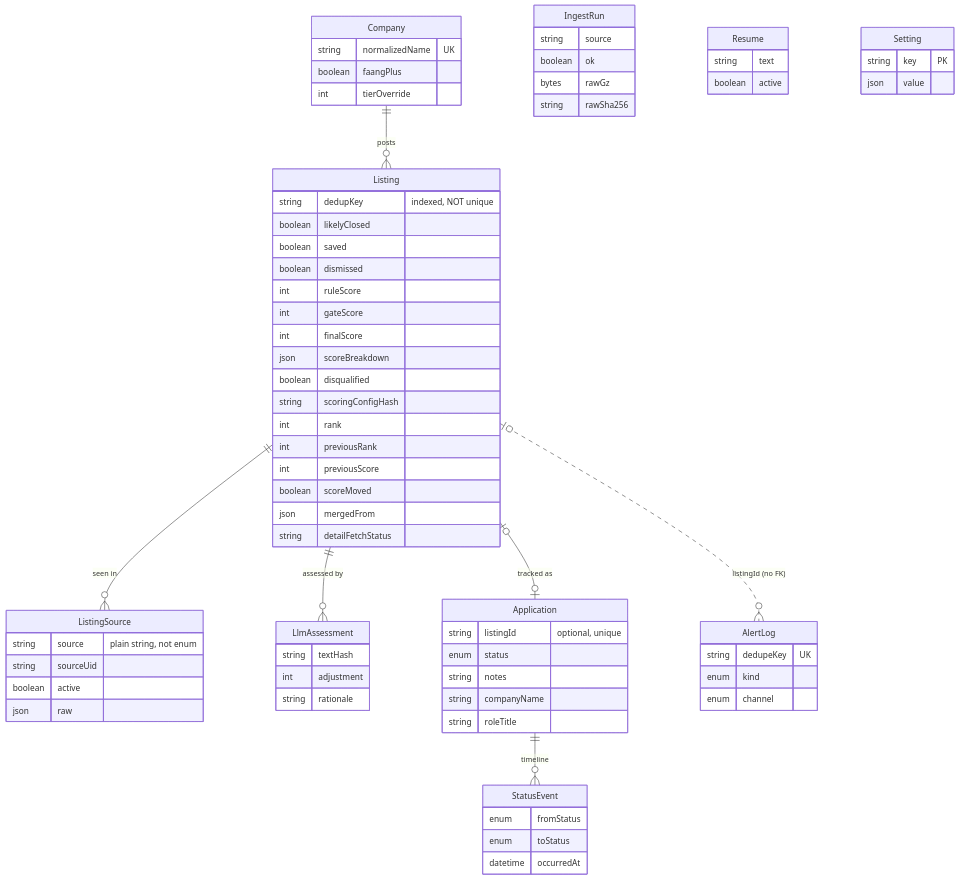
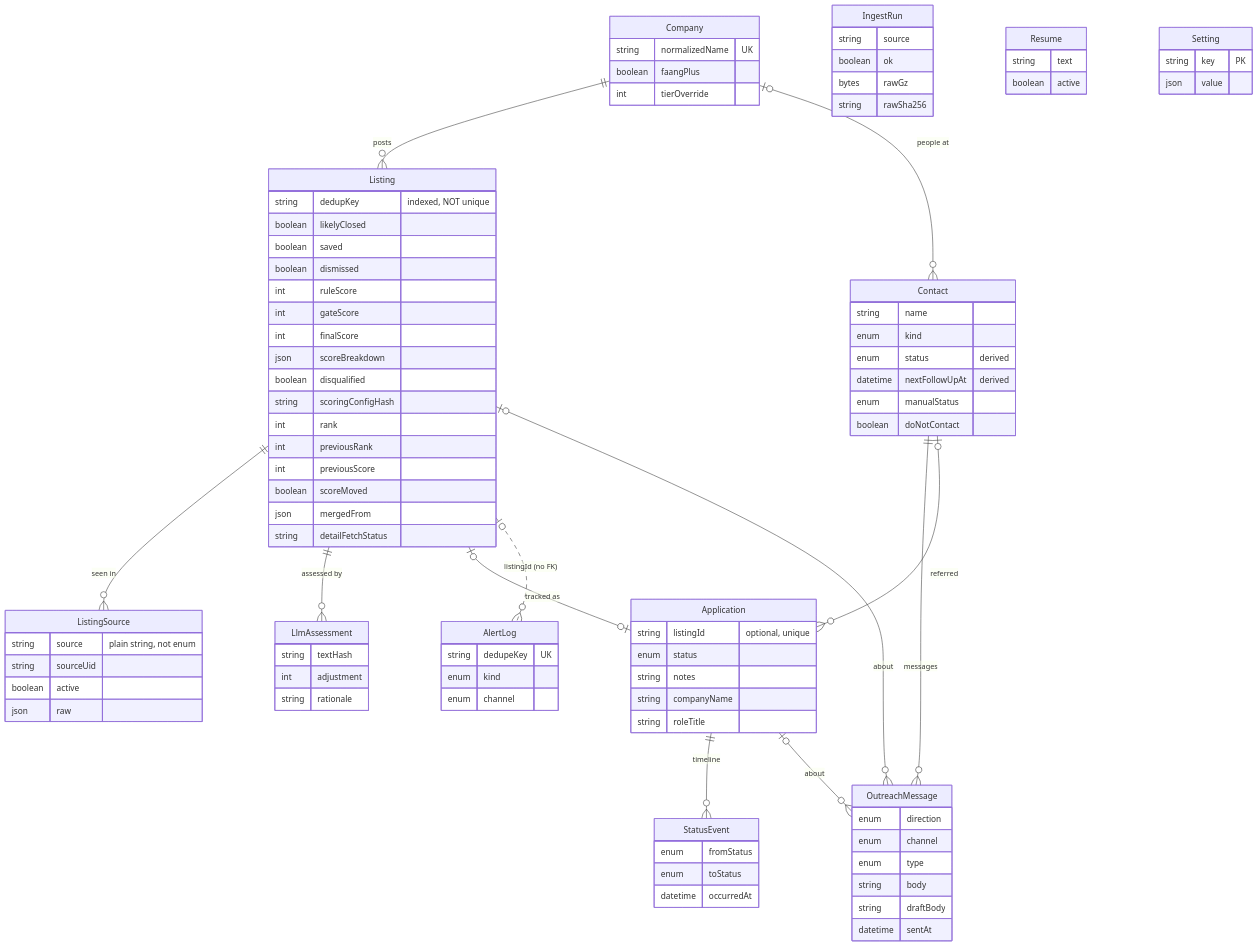
Before and after one commit to jaydenmistry/internship-tracker: the second of 2 diagrams in docs/ARCHITECTURE.md, drawn with Mermaid. The commit also changed other lines of this file and 33 other files, not shown here.

````diff
--- a/docs/ARCHITECTURE.md
+++ b/docs/ARCHITECTURE.md
@@ -93,6 +93,11 @@
   Listing |o--o| Application : "tracked as"
   Application ||--o{ StatusEvent : "timeline"
   Listing |o..o{ AlertLog : "listingId (no FK)"
+  Company |o--o{ Contact : "people at"
+  Contact ||--o{ OutreachMessage : "messages"
+  Listing |o--o{ OutreachMessage : "about"
+  Application |o--o{ OutreachMessage : "about"
+  Contact |o--o{ Application : "referred"
 
   Company {
     string normalizedName UK
@@ -159,4 +164,20 @@
     enum kind
     enum channel
   }
+  Contact {
+    string name
+    enum kind
+    enum status "derived"
+    datetime nextFollowUpAt "derived"
+    enum manualStatus
+    boolean doNotContact
+  }
+  OutreachMessage {
+    enum direction
+    enum channel
+    enum type
+    string body
+    string draftBody
+    datetime sentAt
+  }
 ```
````
